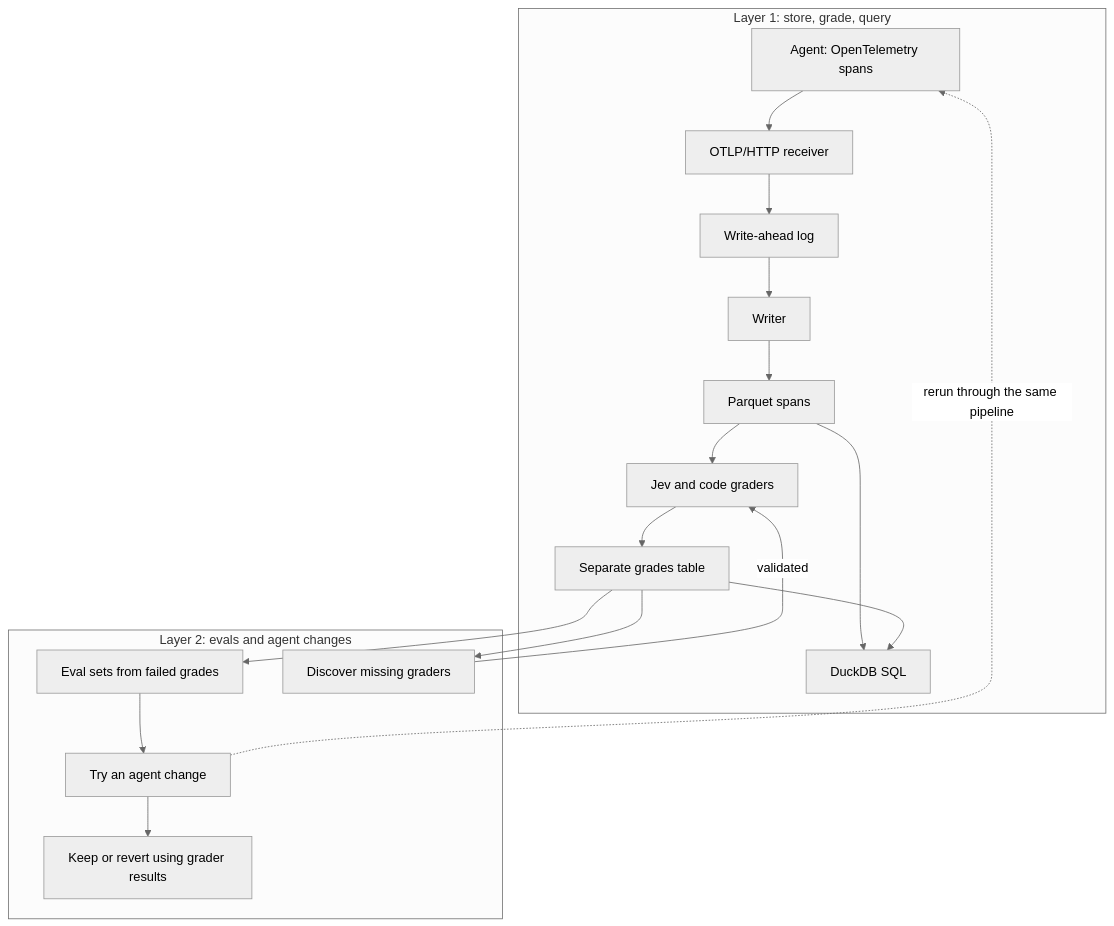
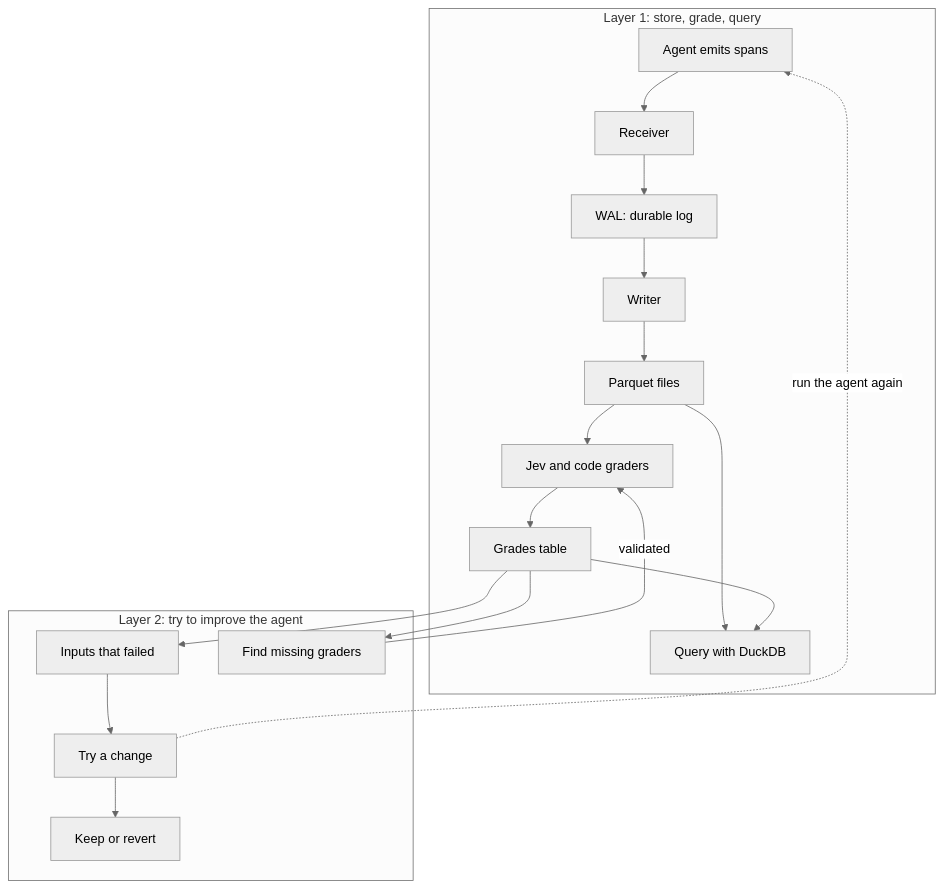
Before and after one commit to annorak/hopper-mini: the diagram in README.md, drawn with Mermaid (neutral theme). The commit also changed other lines of this file, not shown here.

````diff
--- a/README.md
+++ b/README.md
@@ -18,22 +9,22 @@
 ```mermaid
 flowchart TB
     subgraph L1["Layer 1: store, grade, query"]
-        agent["Agent: OpenTelemetry spans"] --> receiver["OTLP/HTTP receiver"]
-        receiver --> wal["Write-ahead log"]
+        agent["Agent emits spans"] --> receiver["Receiver"]
+        receiver --> wal["WAL: durable log"]
         wal --> writer["Writer"]
-        writer --> spans["Parquet spans"]
+        writer --> spans["Parquet files"]
         spans --> graders["Jev and code graders"]
-        graders --> grades["Separate grades table"]
-        spans --> query["DuckDB SQL"]
+        graders --> grades["Grades table"]
+        spans --> query["Query with DuckDB"]
         grades --> query
     end
-    subgraph L2["Layer 2: evals and agent changes"]
-        evals["Eval sets from failed grades"] --> change["Try an agent change"]
-        change --> decision["Keep or revert using grader results"]
-        discovery["Discover missing graders"]
+    subgraph L2["Layer 2: try to improve the agent"]
+        evals["Inputs that failed"] --> change["Try a change"]
+        change --> decision["Keep or revert"]
+        discovery["Find missing graders"]
     end
     grades --> evals
     grades --> discovery
     discovery -->|validated| graders
-    change -.->|rerun through the same pipeline| agent
+    change -.->|run the agent again| agent
 ```
````
